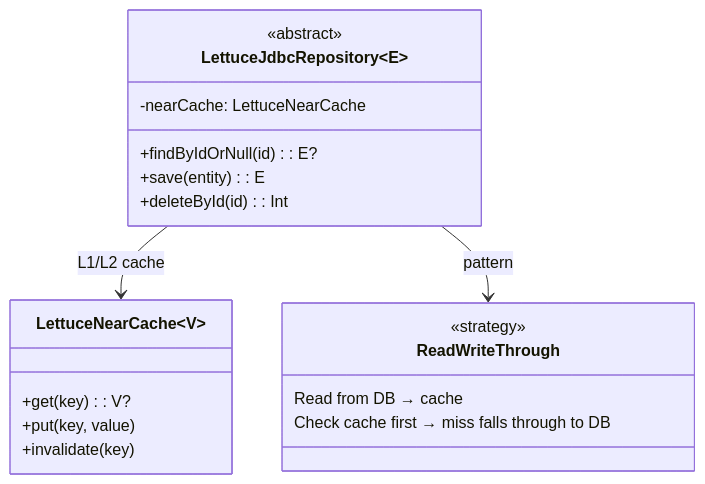
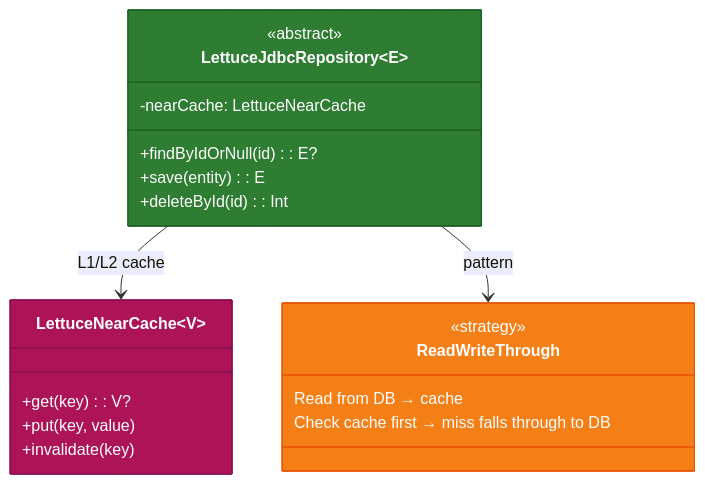
Before and after one commit to bluetape4k/bluetape4k-projects: the first of 2 diagrams in data/exposed-jdbc-lettuce/README.md, drawn with Mermaid. The commit also changed other lines of this file and 221 other files, not shown here.

First line of the commit message:
docs: 전체 모듈 README UML 다이어그램 보강 및 색상 업그레이드

````diff
--- a/data/exposed-jdbc-lettuce/README.md
+++ b/data/exposed-jdbc-lettuce/README.md
@@ -100,25 +100,28 @@
 ```mermaid
 classDiagram
     direction TB
     class LettuceJdbcRepository~E~ {
         <<abstract>>
         -nearCache: LettuceNearCache
         +findByIdOrNull(id): E?
         +save(entity): E
         +deleteById(id): Int
     }
     class LettuceNearCache~V~ {
         +get(key): V?
         +put(key, value)
         +invalidate(key)
     }
     class ReadWriteThrough {
         <<strategy>>
         Read from DB → cache
         Check cache first → miss falls through to DB
     }
 
     LettuceJdbcRepository --> LettuceNearCache : L1/L2 cache
     LettuceJdbcRepository --> ReadWriteThrough : pattern
 
+    style LettuceJdbcRepository fill:#2E7D32,stroke:#1B5E20,color:#FFFFFF
+    style LettuceNearCache fill:#AD1457,stroke:#880E4F,color:#FFFFFF
+    style ReadWriteThrough fill:#F57F17,stroke:#E65100,color:#FFFFFF
 ```
````
